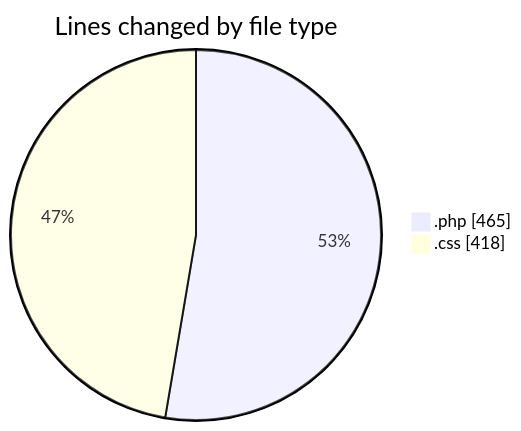
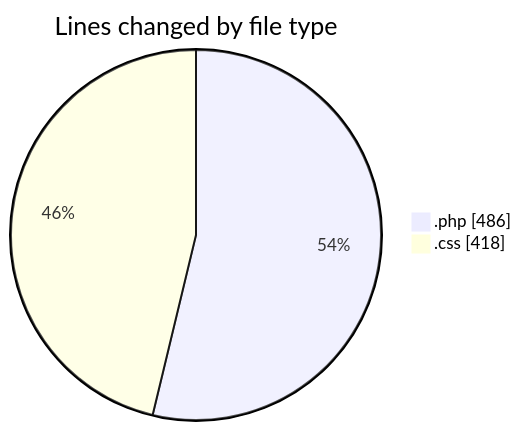
Before and after one commit to LanceThiago/code-tracking: the first of 2 diagrams in 2025-04-22/web/README.md, drawn with Mermaid. The commit also changed other lines of this file and 1 other file, not shown here.

````diff
--- a/2025-04-22/web/README.md
+++ b/2025-04-22/web/README.md
@@ -24,6 +24,6 @@
 ```mermaid
 pie showData
 title Lines changed by file type
-".php" : 465
+".php" : 486
 ".css" : 418
 ```
````
